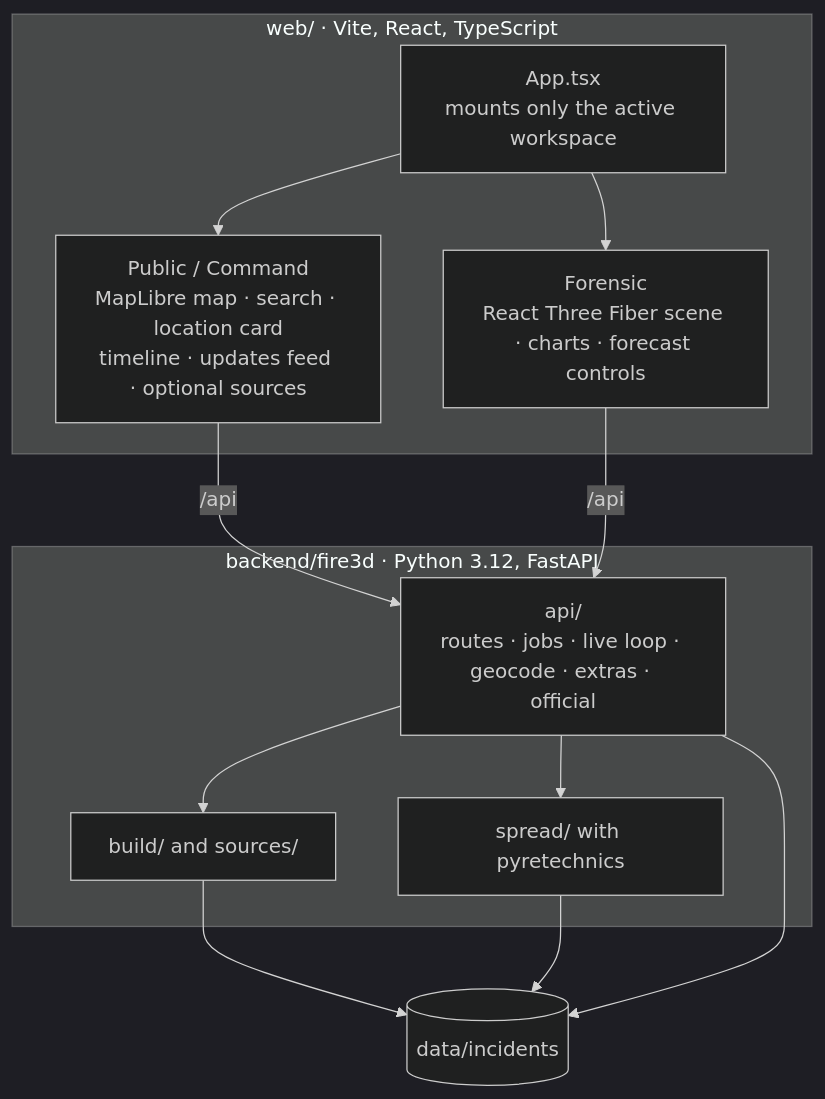
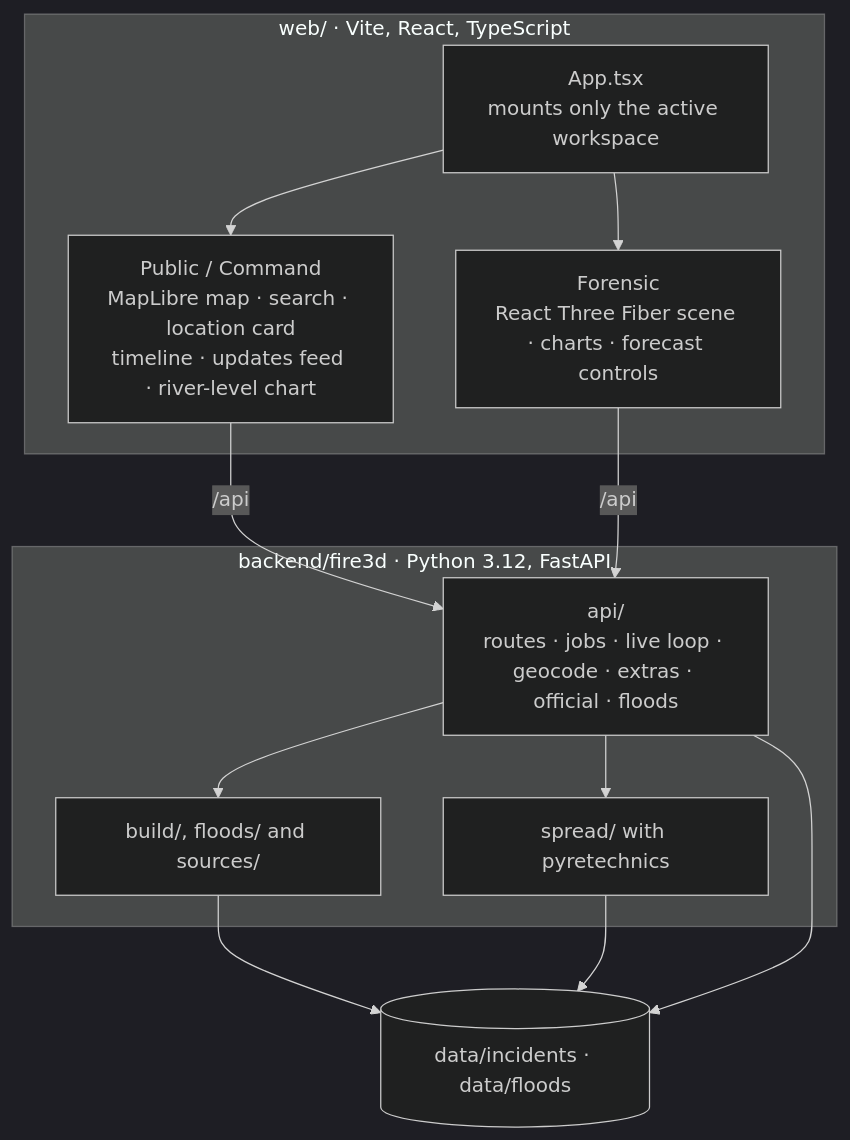
One commit to gz1010/disaster-mapping changed the second of 2 diagrams in README.md. Above: the diagram before and after it, drawn with Mermaid (dark theme). The commit also changed other lines of this file and 8 other files, not shown here.

````diff
--- a/README.md
+++ b/README.md
@@ -569,23 +485,23 @@
 ```mermaid
 flowchart TB
   subgraph Browser["web/ · Vite, React, TypeScript"]
     App["App.tsx<br/>mounts only the active workspace"]
-    MapWs["Public / Command<br/>MapLibre map · search · location card<br/>timeline · updates feed · optional sources"]
+    MapWs["Public / Command<br/>MapLibre map · search · location card<br/>timeline · updates feed · river-level chart"]
     ForensicWs["Forensic<br/>React Three Fiber scene · charts · forecast controls"]
     App --> MapWs
     App --> ForensicWs
   end
   subgraph Backend["backend/fire3d · Python 3.12, FastAPI"]
-    API["api/<br/>routes · jobs · live loop · geocode · extras · official"]
-    Build["build/ and sources/"]
+    API["api/<br/>routes · jobs · live loop · geocode · extras · official · floods"]
+    Build["build/, floods/ and sources/"]
     Spread["spread/ with pyretechnics"]
     API --> Build
     API --> Spread
   end
-  Data[("data/incidents")]
+  Data[("data/incidents · data/floods")]
   MapWs -- "/api" --> API
   ForensicWs -- "/api" --> API
   Build --> Data
   Spread --> Data
   API --> Data
 ```
````
